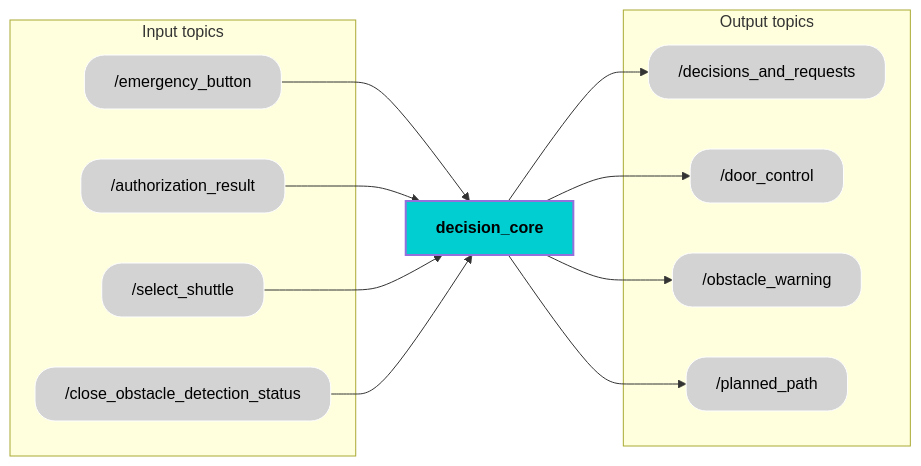
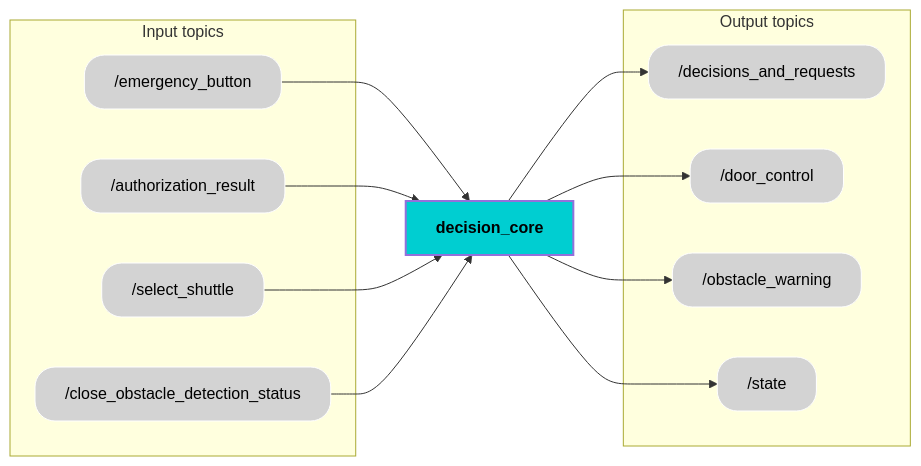
The diagram in README.md (PaxAuto/decision_core), drawn with Mermaid before and after one commit. The commit also changed other lines of this file, not shown here.

````diff
--- a/README.md
+++ b/README.md
@@ -22,48 +22,48 @@
 ```mermaid
 graph LR
     subgraph Input topics
         EVSEAL["/emergency_button"]:::grayEllipse
         MS["/authorization_result"]:::grayEllipse
         SA["/select_shuttle"]:::grayEllipse
         GF["/close_obstacle_detection_status"]:::grayEllipse
     end
 
     EM["decision_core"]:::cyanEllipse
 
     EVSEAL --> EM
     MS --> EM
      SA --> EM
     GF --> EM
     EM --> DC
     EM --> PP
         EM --> CD
     EM --> BF
 
     subgraph Output topics
         DC["/decisions_and_requests"]:::grayEllipse
         PP["/door_control"]:::grayEllipse
                 CD["/obstacle_warning"]:::grayEllipse
-        BF["/planned_path"]:::grayEllipse
+        BF["/state"]:::grayEllipse
     end
 
     %% Ellipse shape class
     classDef soft_rectangle stroke:#FFFFFF,rx:20,ry:20;
     classDef component font-weight:bold,stroke-width:2px;
 
     %% Cyan for path planner
     classDef cyanEllipse fill:#00CED1, color:#000000;
 
     %% Gray for others
     classDef grayEllipse fill:#D3D3D3, color:#000000;
 
     %% Apply ellipse shape to each node
     class EVSEAL soft_rectangle;
     class MS soft_rectangle;
     class DC soft_rectangle;
     class PP soft_rectangle;
     class SA soft_rectangle;
     class GF soft_rectangle;
     class CD soft_rectangle;
     class BF soft_rectangle;
     class EM component;
 ```
````
